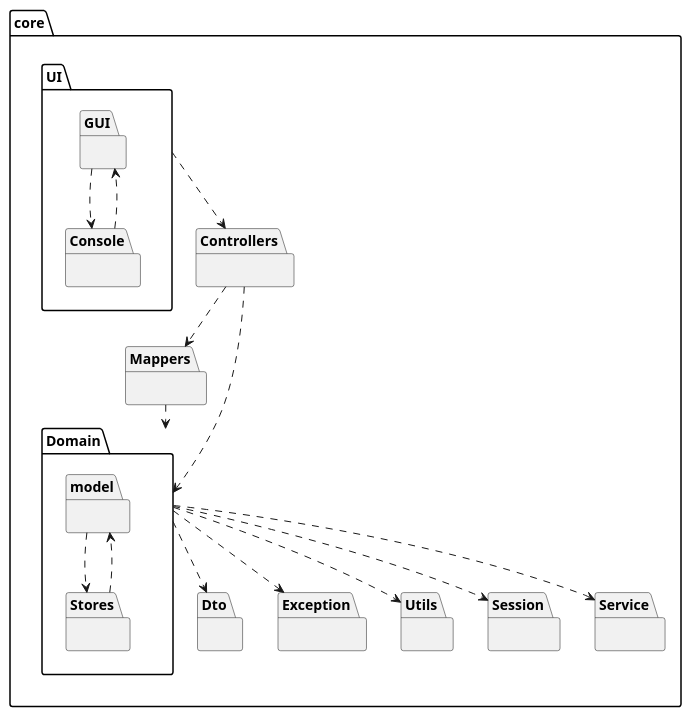
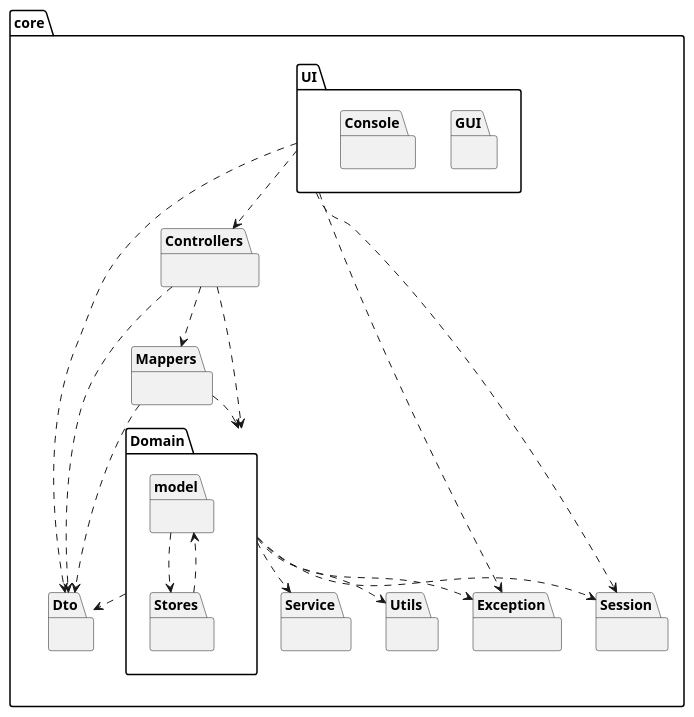
One commit to miseEnPlace-i/lapr2 changed the diagram in docs/PackageDiagram.puml. Above: the diagram before and after it, drawn with PlantUML.

Commit message:
docs: updated package diagram

```diff
--- a/docs/PackageDiagram.puml
+++ b/docs/PackageDiagram.puml
@@ -1,40 +1,41 @@
 @startuml PackageDiagram
 package core {
     package Controllers {}
     package UI {
         package GUI {}
         package Console {}
     }
     package Domain {
         package model {}
         package Stores {}
     }
     package Dto {}
     package Mappers {}
     package Exception {}
     package Utils {}
     package Session {}
     package Service {}
 }
 
 Stores ..> model
 model ..> Stores
 
 Controllers ..> Mappers
 Controllers ..> Domain
+Controllers ..> Dto
 
 UI ..> Controllers
 
 Domain ..> Dto
 Domain ..> Utils
 Domain ..> Exception
 Domain ..> Service
 Domain ..> Session
 
 Mappers ..> Domain
+Mappers ..> Dto
 
-GUI ..> Console
-Console ..> GUI
-
-
+UI ..> Dto
+UI ..> Session
+UI ..> Exception
 @enduml
```
